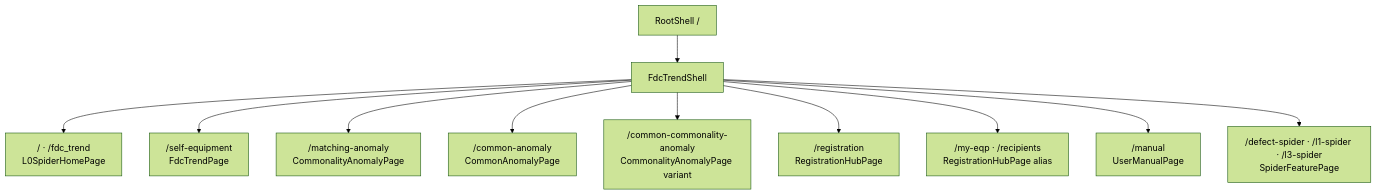
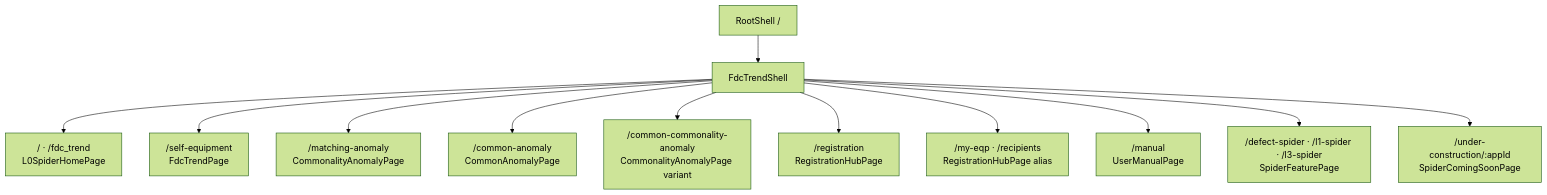
One commit to mlbarod/l0_spider_scs changed the third of 12 diagrams in web_structure.md. Above: the diagram before and after it, drawn with Mermaid (forest theme). The commit also changed other lines of this file and 7 other files, not shown here.

````diff
--- a/web_structure.md
+++ b/web_structure.md
@@ -210,25 +210,27 @@
 ```mermaid
 flowchart TD
     ROOT["RootShell /"]
     SHELL["FdcTrendShell"]
     HOME["/ · /fdc_trend<br/>L0SpiderHomePage"]
     SELF["/self-equipment<br/>FdcTrendPage"]
     MATCH["/matching-anomaly<br/>CommonalityAnomalyPage"]
     COMMON["/common-anomaly<br/>CommonAnomalyPage"]
     COMMON_MATCH["/common-commonality-anomaly<br/>CommonalityAnomalyPage variant"]
     REG["/registration<br/>RegistrationHubPage"]
     ALIAS["/my-eqp · /recipients<br/>RegistrationHubPage alias"]
     MANUAL["/manual<br/>UserManualPage"]
     INTERNAL["/defect-spider · /l1-spider · /l3-spider<br/>SpiderFeaturePage"]
+    PLANNED["/under-construction/:appId<br/>SpiderComingSoonPage"]
 
     ROOT --> SHELL
     SHELL --> HOME
     SHELL --> SELF
     SHELL --> MATCH
     SHELL --> COMMON
     SHELL --> COMMON_MATCH
     SHELL --> REG
     SHELL --> ALIAS
     SHELL --> MANUAL
     SHELL --> INTERNAL
+    SHELL --> PLANNED
 ```
````
